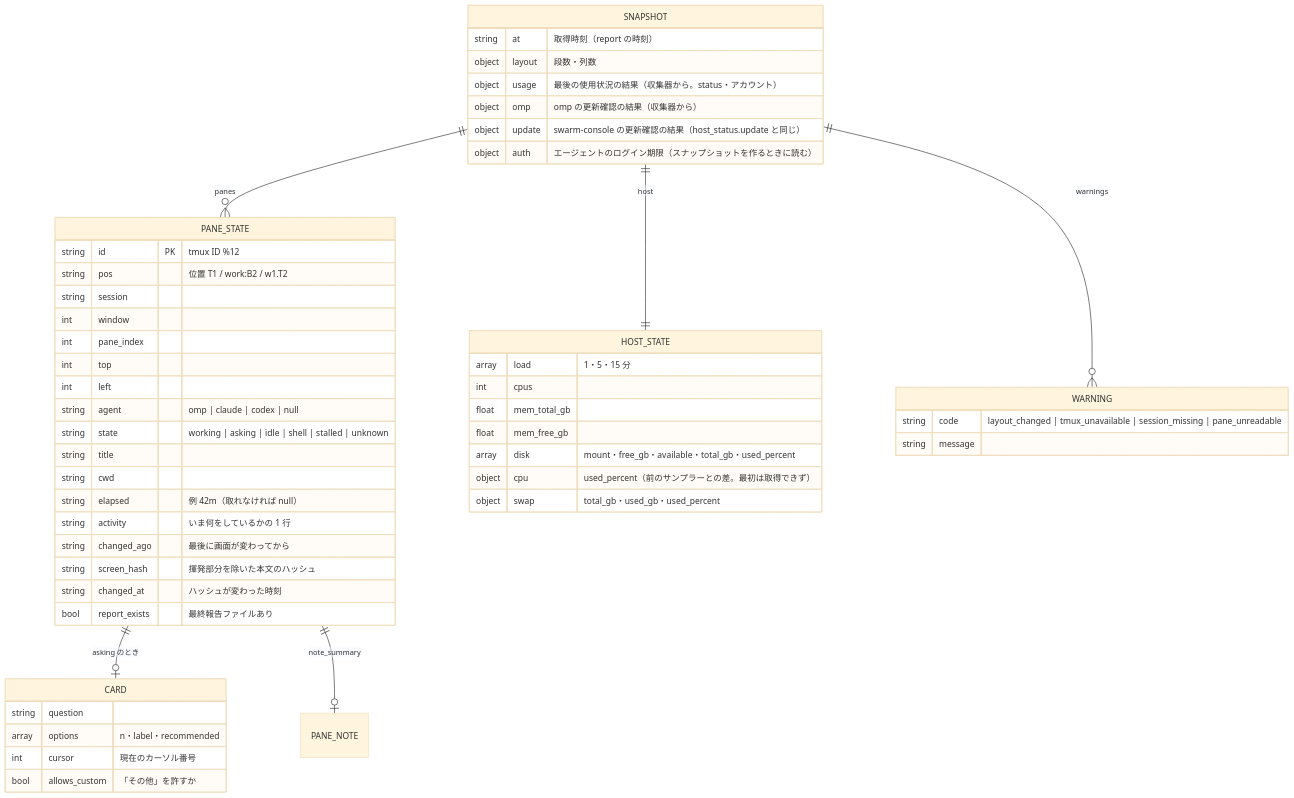
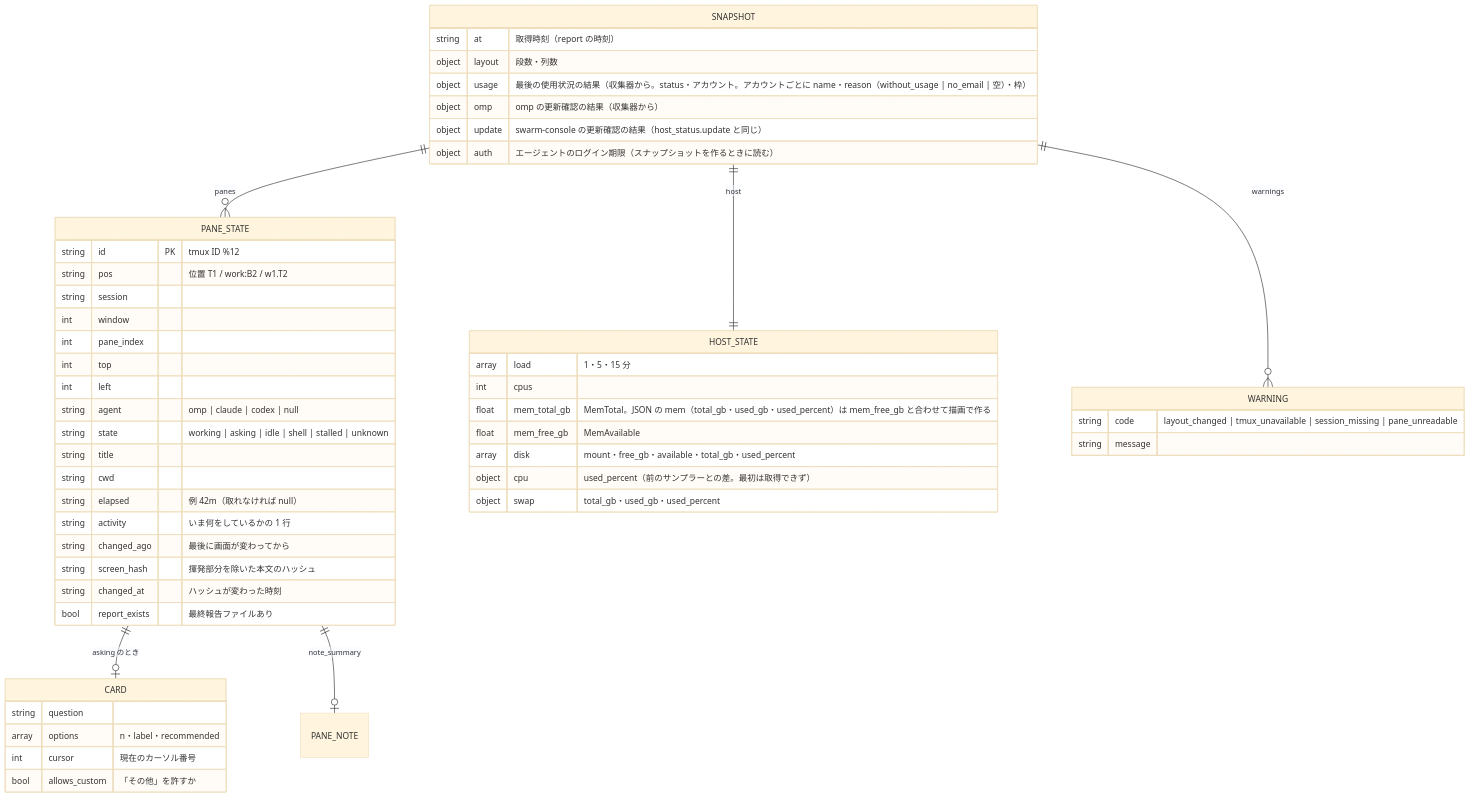
The second of 2 diagrams in docs/architecture/er-runtime.md (ousiassllc/swarm-console), drawn with Mermaid (base theme) before and after one commit. The commit also changed 27 other files, not shown here.

First line of the commit message:
feat: report の host にメモリ host.mem、usage のアカウントに reason を追加（#86・#87）

````diff
--- a/docs/architecture/er-runtime.md
+++ b/docs/architecture/er-runtime.md
@@ -57,55 +57,55 @@
 ```mermaid
 erDiagram
     SNAPSHOT ||--o{ PANE_STATE : "panes"
     SNAPSHOT ||--|| HOST_STATE : "host"
     SNAPSHOT ||--o{ WARNING : "warnings"
     PANE_STATE ||--o| CARD : "asking のとき"
     PANE_STATE ||--o| PANE_NOTE : "note_summary"
 
     SNAPSHOT {
         string at "取得時刻（report の時刻）"
         object layout "段数・列数"
-        object usage "最後の使用状況の結果（収集器から。status・アカウント）"
+        object usage "最後の使用状況の結果（収集器から。status・アカウント。アカウントごとに name・reason（without_usage | no_email | 空）・枠）"
         object omp "omp の更新確認の結果（収集器から）"
         object update "swarm-console の更新確認の結果（host_status.update と同じ）"
         object auth "エージェントのログイン期限（スナップショットを作るときに読む）"
     }
     PANE_STATE {
         string id PK "tmux ID %12"
         string pos "位置 T1 / work:B2 / w1.T2"
         string session
         int window
         int pane_index
         int top
         int left
         string agent "omp | claude | codex | null"
         string state "working | asking | idle | shell | stalled | unknown"
         string title
         string cwd
         string elapsed "例 42m（取れなければ null）"
         string activity "いま何をしているかの 1 行"
         string changed_ago "最後に画面が変わってから"
         string screen_hash "揮発部分を除いた本文のハッシュ"
         string changed_at "ハッシュが変わった時刻"
         bool report_exists "最終報告ファイルあり"
     }
     CARD {
         string question
         array options "n・label・recommended"
         int cursor "現在のカーソル番号"
         bool allows_custom "「その他」を許すか"
     }
     HOST_STATE {
         array load "1・5・15 分"
         int cpus
-        float mem_total_gb
-        float mem_free_gb
+        float mem_total_gb "MemTotal。JSON の mem（total_gb・used_gb・used_percent）は mem_free_gb と合わせて描画で作る"
+        float mem_free_gb "MemAvailable"
         array disk "mount・free_gb・available・total_gb・used_percent"
         object cpu "used_percent（前のサンプラーとの差。最初は取得できず）"
         object swap "total_gb・used_gb・used_percent"
     }
     WARNING {
         string code "layout_changed | tmux_unavailable | session_missing | pane_unreadable"
         string message
     }
 ```
````
